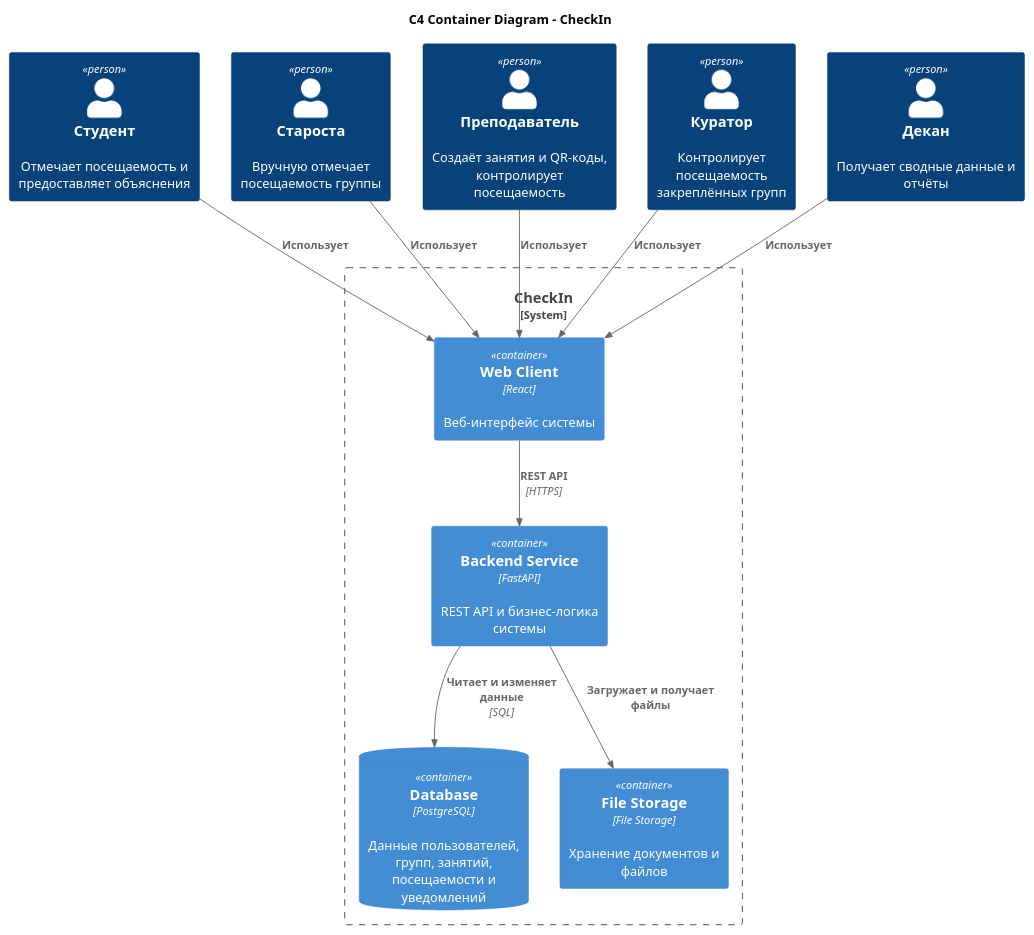
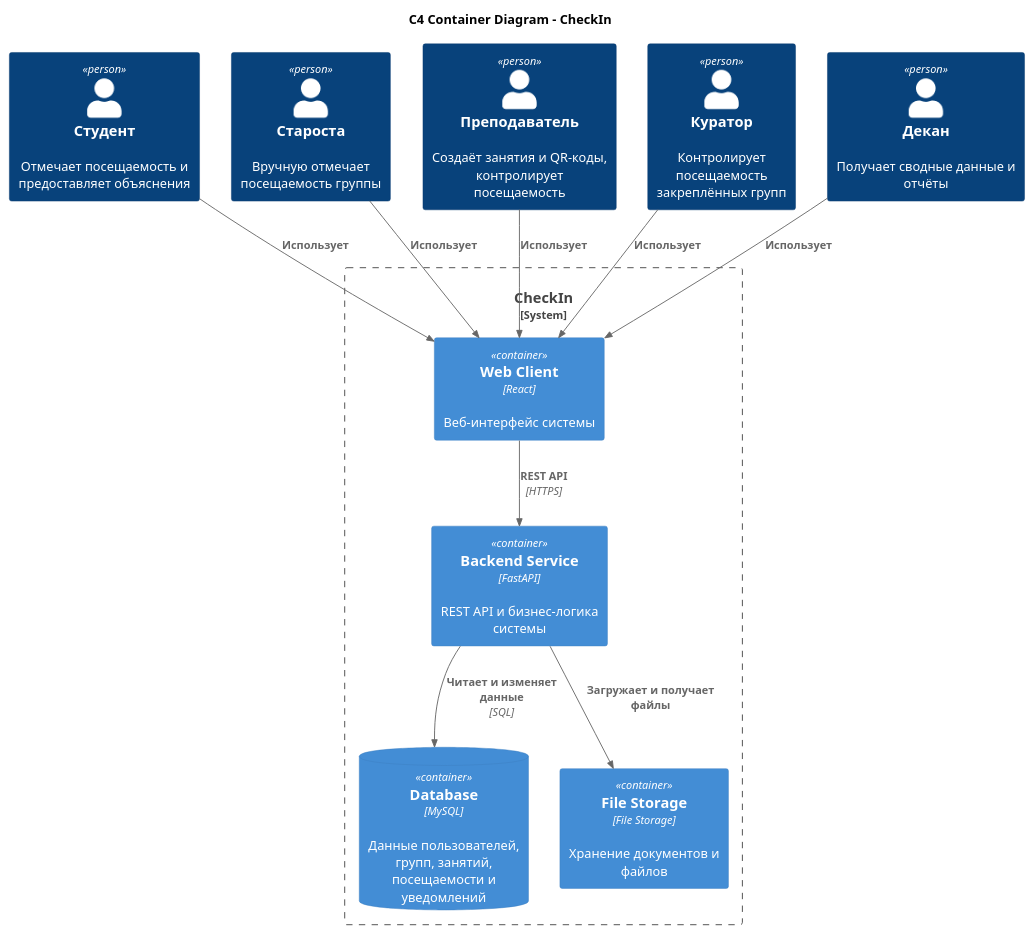
The diagram in ARCHITECTURE.MD (yaroslavagrebeneva/rsp26), drawn with PlantUML before and after one commit. The commit also changed other lines of this file and 2 other files, not shown here.

````diff
--- a/ARCHITECTURE.MD
+++ b/ARCHITECTURE.MD
@@ -170,35 +207,35 @@
 ```plantuml
 @startuml
 !include https://raw.githubusercontent.com/plantuml-stdlib/C4-PlantUML/master/C4_Container.puml
 
 title C4 Container Diagram - CheckIn
 
 Person(student, "Студент", "Отмечает посещаемость и предоставляет объяснения")
 Person(starosta, "Староста", "Вручную отмечает посещаемость группы")
 Person(teacher, "Преподаватель", "Создаёт занятия и QR-коды, контролирует посещаемость")
 Person(curator, "Куратор", "Контролирует посещаемость закреплённых групп")
 Person(dean, "Декан", "Получает сводные данные и отчёты")
 
 System_Boundary(checkin, "CheckIn") {
 
     Container(web, "Web Client", "React", "Веб-интерфейс системы")
 
     Container(api, "Backend Service", "FastAPI", "REST API и бизнес-логика системы")
 
-    ContainerDb(db, "Database", "PostgreSQL", "Данные пользователей, групп, занятий, посещаемости и уведомлений")
+    ContainerDb(db, "Database", "MySQL", "Данные пользователей, групп, занятий, посещаемости и уведомлений")
 
     Container(files, "File Storage", "File Storage", "Хранение документов и файлов")
 }
 
 Rel(student, web, "Использует")
 Rel(starosta, web, "Использует")
 Rel(teacher, web, "Использует")
 Rel(curator, web, "Использует")
 Rel(dean, web, "Использует")
 
 Rel(web, api, "REST API", "HTTPS")
 Rel(api, db, "Читает и изменяет данные", "SQL")
 Rel(api, files, "Загружает и получает файлы")
 
 @enduml
 ```
````
